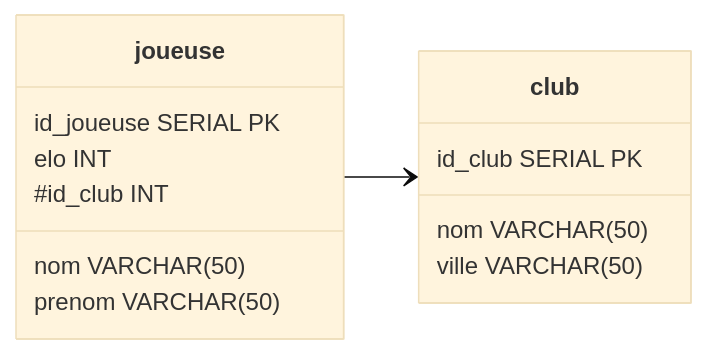
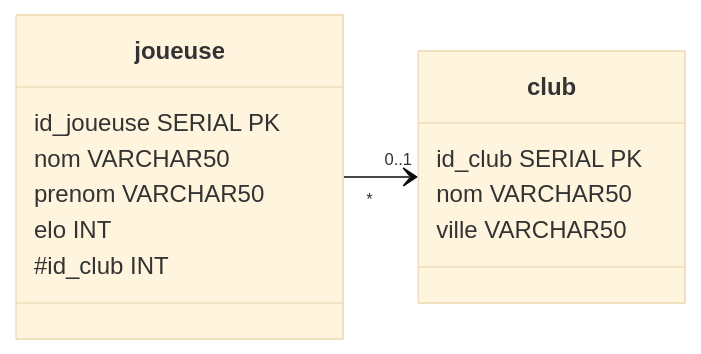
Before and after one commit to ludo2ne/ENSAI-1A-SQL: the third of 3 diagrams in doc/cours/formalisation.qmd, drawn with Mermaid (base theme). The commit also changed other lines of this file and 2 other files, not shown here.

````diff
--- a/doc/cours/formalisation.qmd
+++ b/doc/cours/formalisation.qmd
@@ -223,19 +226,19 @@
 ```{mermaid}
 classDiagram
     direction LR
     class joueuse {
         id_joueuse SERIAL PK
-        nom        VARCHAR(50)
-        prenom     VARCHAR(50)
+        nom        VARCHAR50
+        prenom     VARCHAR50
         elo        INT
         #id_club   INT
     }
     
     class club {
         id_club   SERIAL PK
-        nom       VARCHAR(50)
-        ville     VARCHAR(50)
+        nom       VARCHAR50
+        ville     VARCHAR50
     }
 
-    joueuse --> club
+    joueuse "*" --> "0..1" club
 ```
````
